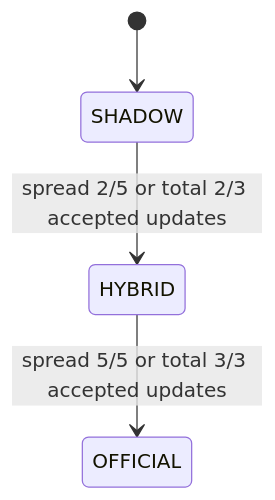
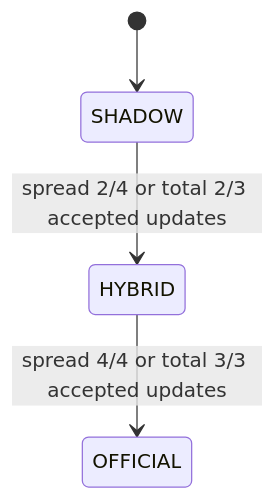
Before and after one commit to barnsey1210/2026_NCAA_Football: the first of 2 diagrams in docs/WAR_ROOM_LIFECYCLE_OPERATIONAL_MODEL.md, drawn with Mermaid. The commit also changed other lines of this file and 58 other files, not shown here.

Commit message:
Activate four-source Spread and DRatings Total Standard authority

````diff
--- a/docs/WAR_ROOM_LIFECYCLE_OPERATIONAL_MODEL.md
+++ b/docs/WAR_ROOM_LIFECYCLE_OPERATIONAL_MODEL.md
@@ -232,6 +232,6 @@
 ```mermaid
 stateDiagram-v2
   [*] --> SHADOW
-  SHADOW --> HYBRID: spread 2/5 or total 2/3 accepted updates
-  HYBRID --> OFFICIAL: spread 5/5 or total 3/3 accepted updates
+  SHADOW --> HYBRID: spread 2/4 or total 2/3 accepted updates
+  HYBRID --> OFFICIAL: spread 4/4 or total 3/3 accepted updates
 ```
````
